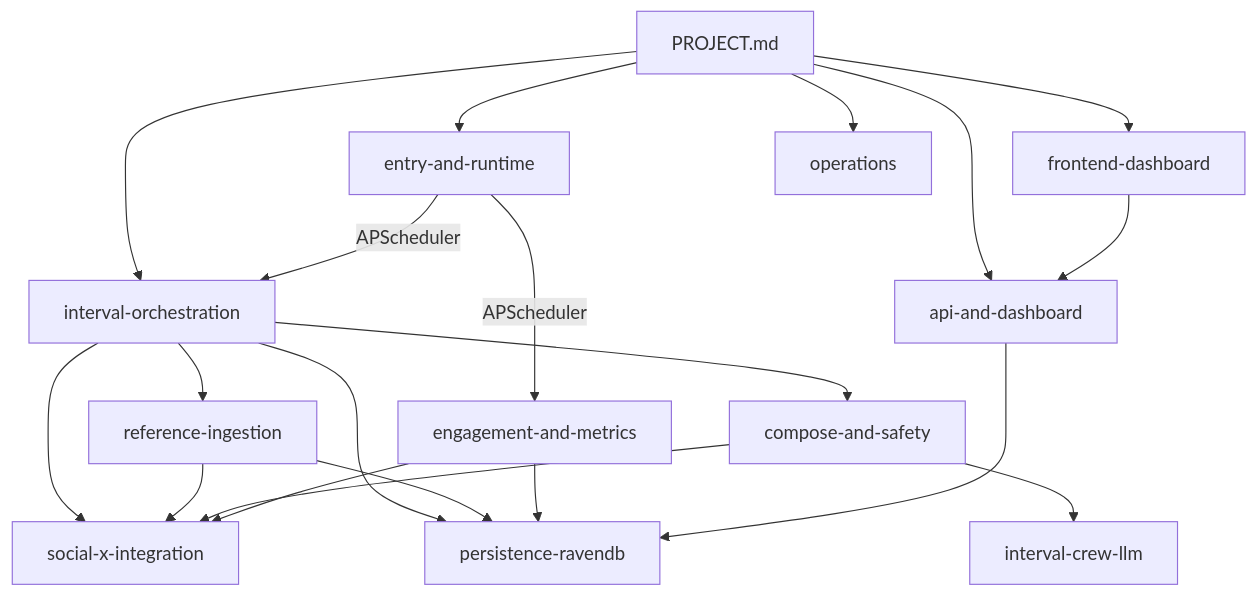
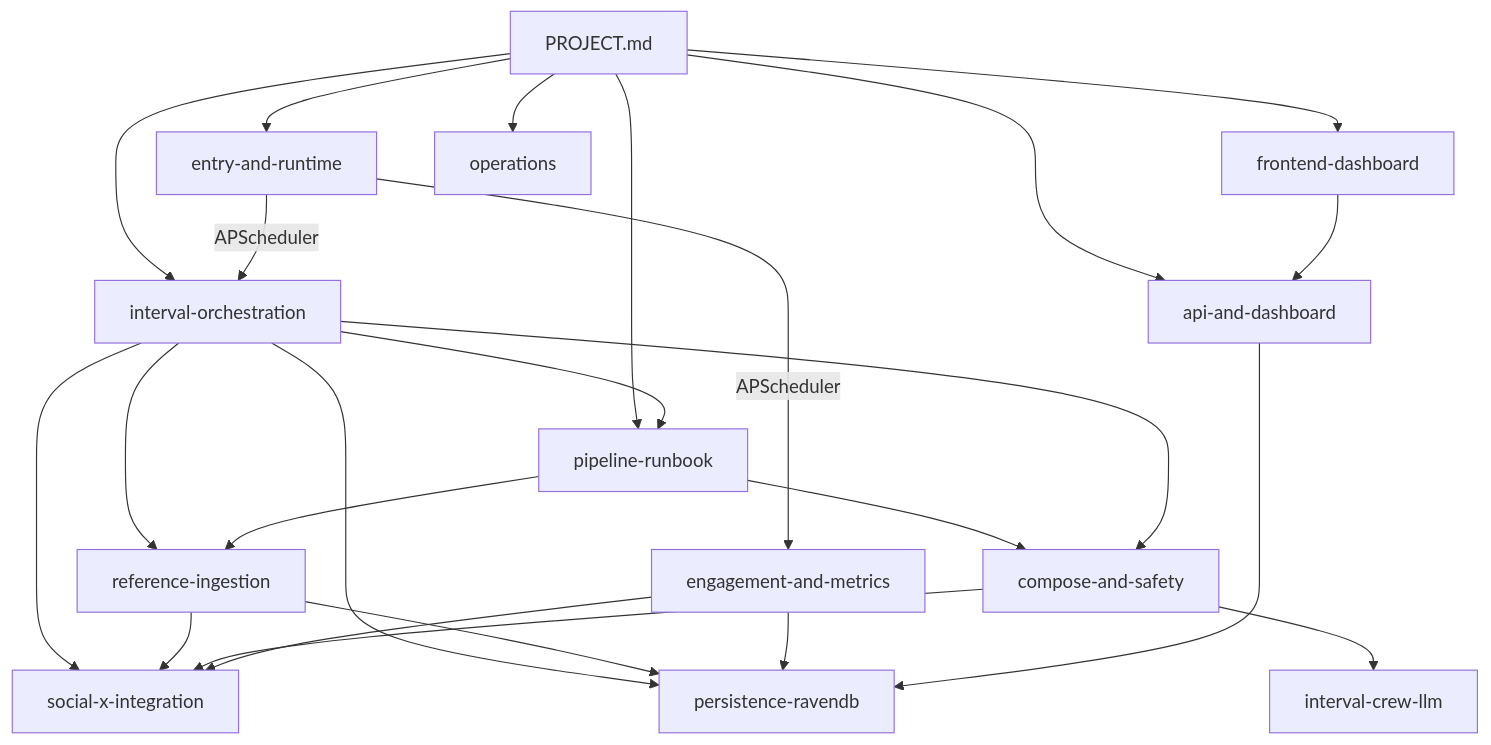
The diagram in docs/PROJECT.md (Baker-C/SocialMediaSwarm), drawn with Mermaid before and after one commit. The commit also changed other lines of this file and 9 other files, not shown here.

````diff
--- a/docs/PROJECT.md
+++ b/docs/PROJECT.md
@@ -41,37 +42,41 @@
 ```mermaid
 flowchart TB
     PROJECT[PROJECT.md]
     ENTRY[entry-and-runtime]
     API[api-and-dashboard]
     ORCH[interval-orchestration]
+    PIPE[pipeline-runbook]
     REF[reference-ingestion]
     COMPOSE[compose-and-safety]
     CREW[interval-crew-llm]
     SOCIAL[social-x-integration]
     RDB[persistence-ravendb]
     ENG[engagement-and-metrics]
     FE[frontend-dashboard]
     OPS[operations]
 
-    PROJECT --> ENTRY & API & ORCH & FE & OPS
+    PROJECT --> ENTRY & API & ORCH & PIPE & FE & OPS
 
     ENTRY -->|APScheduler| ORCH
     ENTRY -->|APScheduler| ENG
 
     ORCH --> REF
+    ORCH --> PIPE
+    PIPE --> REF
+    PIPE --> COMPOSE
     ORCH --> COMPOSE
     ORCH --> RDB
     ORCH --> SOCIAL
 
     REF --> SOCIAL
     REF --> RDB
 
     COMPOSE --> CREW
     COMPOSE --> SOCIAL
 
     ENG --> SOCIAL
     ENG --> RDB
 
     API --> RDB
     FE --> API
 ```
````
